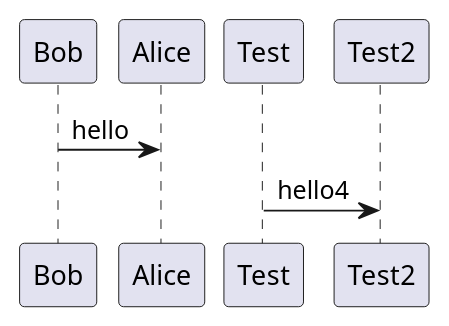
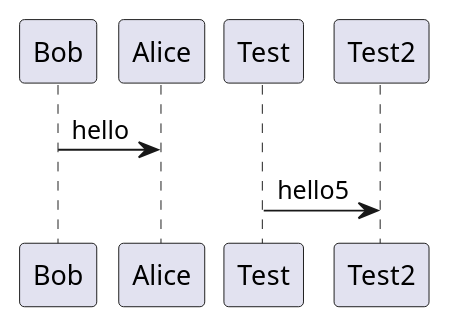
The diagram in diagrams/first.puml (falarcond/plantuml), drawn with PlantUML before and after one commit.

```diff
--- a/diagrams/first.puml
+++ b/diagrams/first.puml
@@ -1,4 +1,4 @@
 @startuml
 Bob -> Alice : hello
-Test -> Test2 : hello4
+Test -> Test2 : hello5
 @enduml
```
